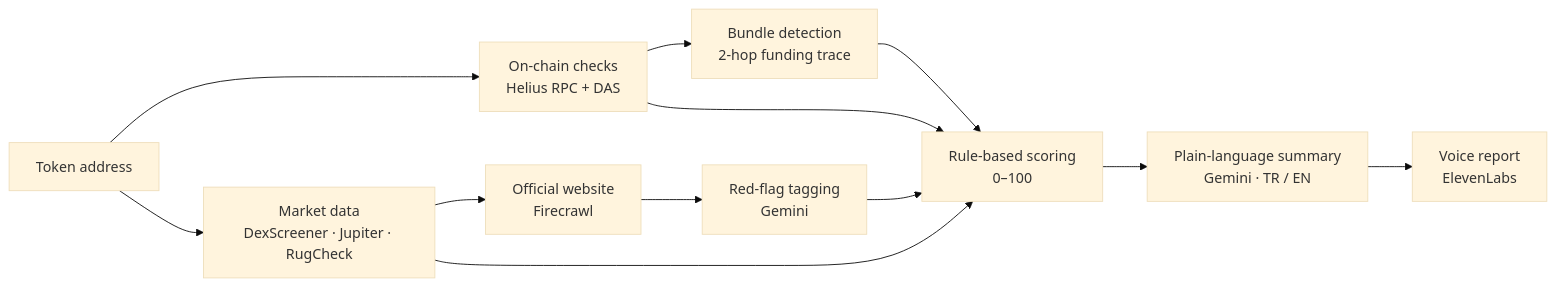
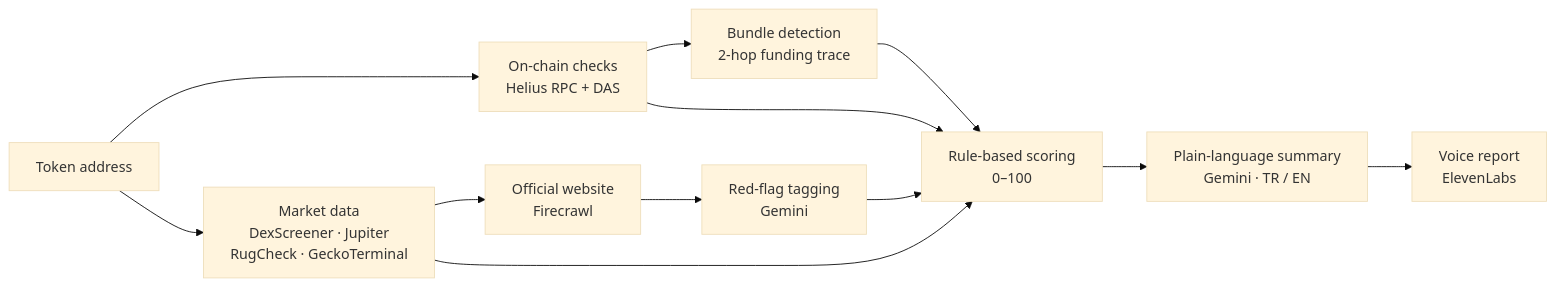
One commit to ozgurmermertas/SOLEXPERT changed the first of 3 diagrams in README.md. Above: the diagram before and after it, drawn with Mermaid (base theme). The commit also changed other lines of this file, not shown here.

Commit message:
docs: README güncellendi (canlı demo, kontroller, bundle tespiti, mimari)

````diff
--- a/README.md
+++ b/README.md
@@ -43,11 +110,11 @@
 ```mermaid
 flowchart LR
-    A[Token address] --> B[On-chain checks<br/>Helius RPC + DAS]
-    A --> C[Market data<br/>DexScreener · Jupiter · RugCheck]
-    B --> D[Bundle detection<br/>2-hop funding trace]
-    C --> E[Official website<br/>Firecrawl]
-    E --> F[Red-flag tagging<br/>Gemini]
-    B & C & D & F --> G[Rule-based scoring<br/>0–100]
-    G --> H[Plain-language summary<br/>Gemini · TR / EN]
-    H --> I[Voice report<br/>ElevenLabs]
+    A["Token address"] --> B["On-chain checks<br/>Helius RPC + DAS"]
+    A --> C["Market data<br/>DexScreener · Jupiter<br/>RugCheck · GeckoTerminal"]
+    B --> D["Bundle detection<br/>2-hop funding trace"]
+    C --> E["Official website<br/>Firecrawl"]
+    E --> F["Red-flag tagging<br/>Gemini"]
+    B & C & D & F --> G["Rule-based scoring<br/>0–100"]
+    G --> H["Plain-language summary<br/>Gemini · TR / EN"]
+    H --> I["Voice report<br/>ElevenLabs"]
 ```
````
